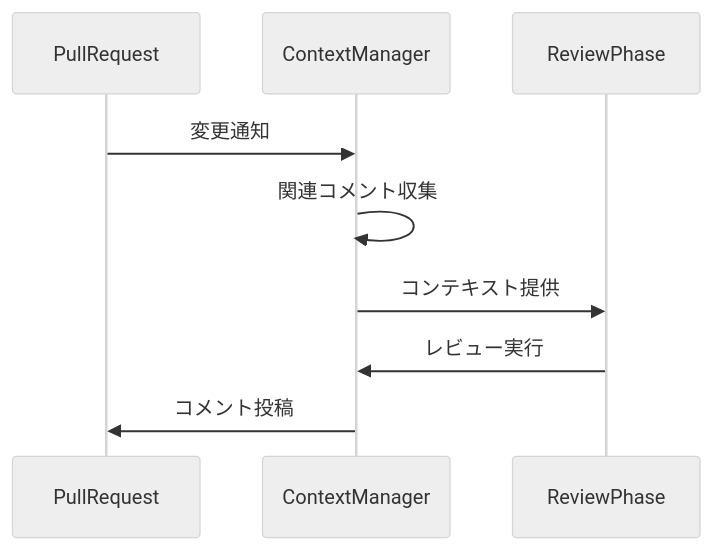
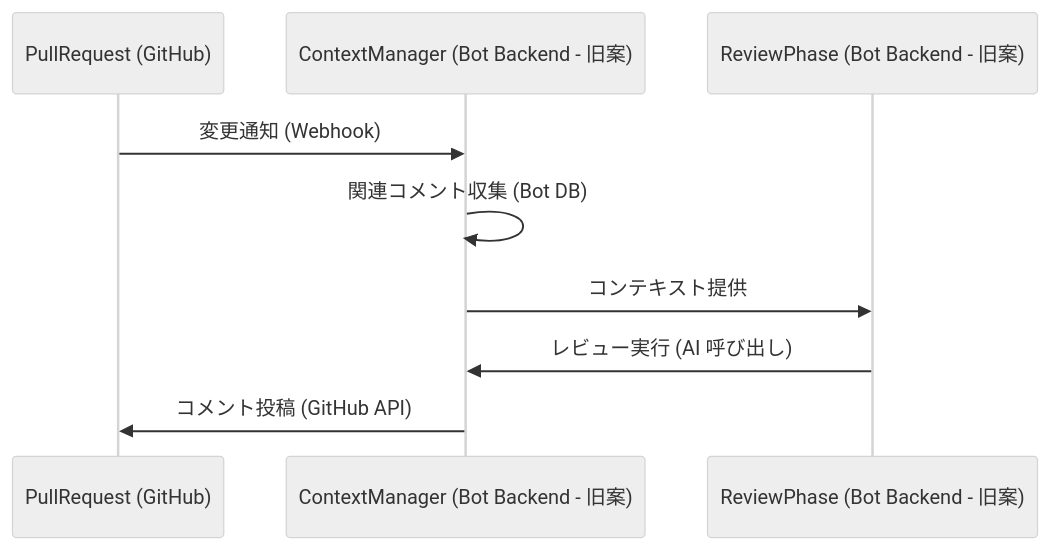
Before and after one commit to growilabs/code-hedgehog: the second of 2 diagrams in docs/project-specs/02.core/review-context.md, drawn with Mermaid (neutral theme). The commit also changed other lines of this file and 6 other files, not shown here.

````diff
--- a/docs/project-specs/02.core/review-context.md
+++ b/docs/project-specs/02.core/review-context.md
@@ -56,12 +78,12 @@
 ```mermaid
 sequenceDiagram
-    participant PR as PullRequest
-    participant Context as ContextManager
-    participant Review as ReviewPhase
+    participant PR as PullRequest (GitHub)
+    participant Context as ContextManager (Bot Backend - 旧案)
+    participant Review as ReviewPhase (Bot Backend - 旧案)
     
-    PR->>Context: 変更通知
-    Context->>Context: 関連コメント収集
+    PR->>Context: 変更通知 (Webhook)
+    Context->>Context: 関連コメント収集 (Bot DB)
     Context->>Review: コンテキスト提供
-    Review->>Context: レビュー実行
-    Context->>PR: コメント投稿
+    Review->>Context: レビュー実行 (AI 呼び出し)
+    Context->>PR: コメント投稿 (GitHub API)
 ```
````
